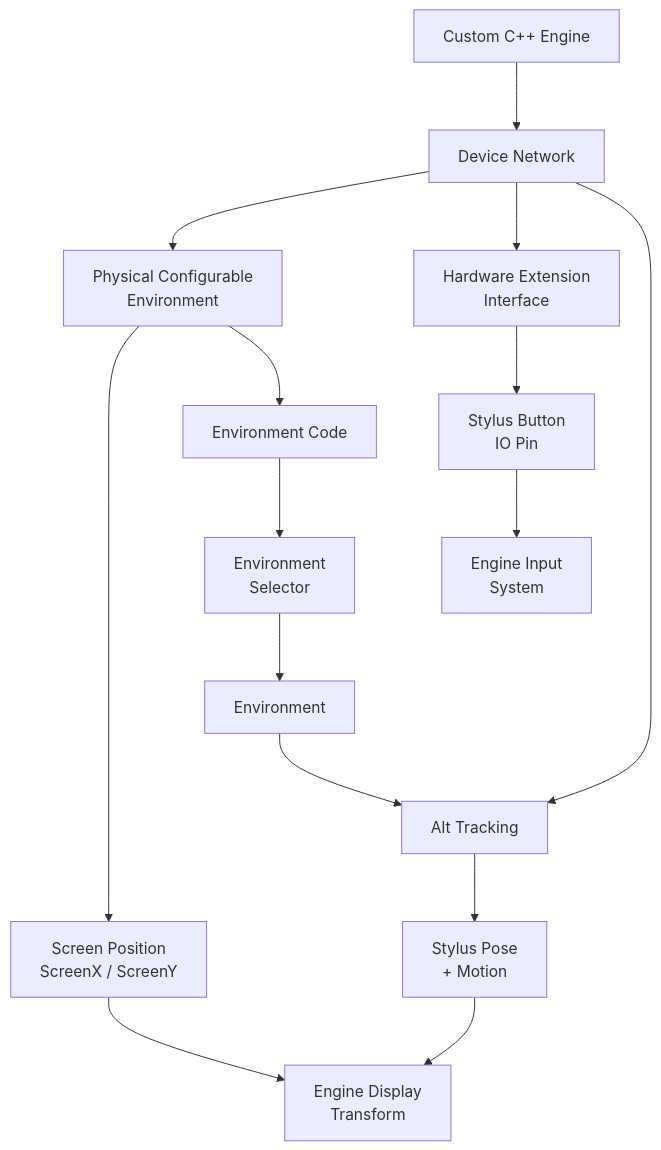
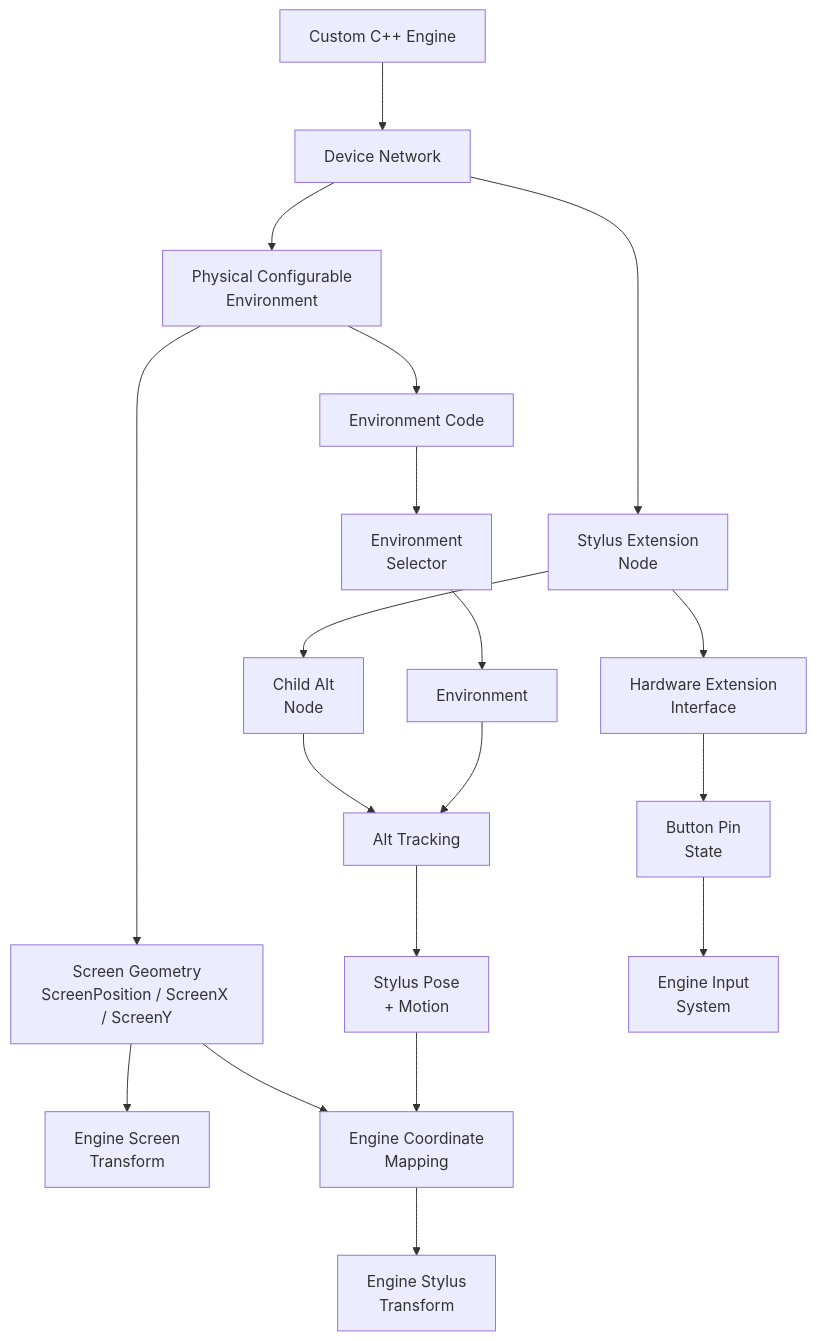
Before and after one commit to antilatency/Antilatency.DisplayStylus.CustomEngine.SDK: the diagram in README.md, drawn with Mermaid. The commit also changed other lines of this file, not shown here.

````diff
--- a/README.md
+++ b/README.md
@@ -71,40 +73,48 @@
 ```mermaid
 %%{init: {"flowchart": {"nodeSpacing": 45, "rankSpacing": 70}} }%%
 flowchart TB
     App["Custom C++ Engine"]
     DN["Device Network"]
 
     PCE["Physical Configurable<br/>Environment"]
-    Screen["Screen Position<br/>ScreenX / ScreenY"]
+    Screen["Screen Geometry<br/>ScreenPosition / ScreenX / ScreenY"]
     EnvCode["Environment Code"]
     Selector["Environment<br/>Selector"]
     Env["Environment"]
 
+    ExtensionNode["Stylus Extension<br/>Node"]
     HEI["Hardware Extension<br/>Interface"]
-    Button["Stylus Button<br/>IO Pin"]
+    Button["Button Pin<br/>State"]
 
+    AltNode["Child Alt<br/>Node"]
     Alt["Alt Tracking"]
     Pose["Stylus Pose<br/>+ Motion"]
 
-    EngineTransform["Engine Display<br/>Transform"]
+    DisplayTransform["Engine Screen<br/>Transform"]
+    Mapping["Engine Coordinate<br/>Mapping"]
+    StylusTransform["Engine Stylus<br/>Transform"]
     InputSystem["Engine Input<br/>System"]
 
     App --> DN
 
     DN --> PCE
     PCE --> Screen
     PCE --> EnvCode
     EnvCode --> Selector
     Selector --> Env
 
-    DN --> HEI
+    DN --> ExtensionNode
+    ExtensionNode --> HEI
     HEI --> Button
 
-    DN --> Alt
+    ExtensionNode --> AltNode
+    AltNode --> Alt
     Env --> Alt
     Alt --> Pose
 
-    Screen --> EngineTransform
-    Pose --> EngineTransform
+    Screen --> DisplayTransform
+    Screen --> Mapping
+    Pose --> Mapping
+    Mapping --> StylusTransform
     Button --> InputSystem
 ```
````
